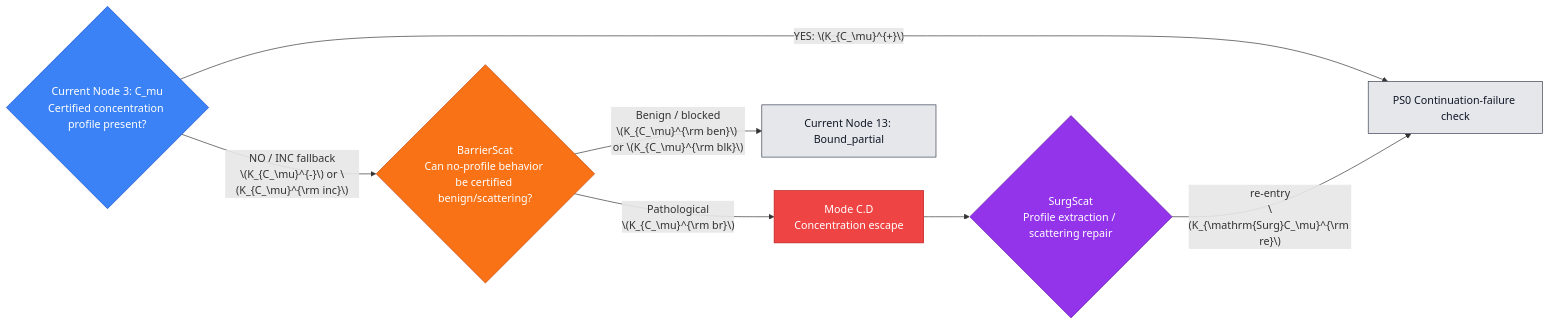
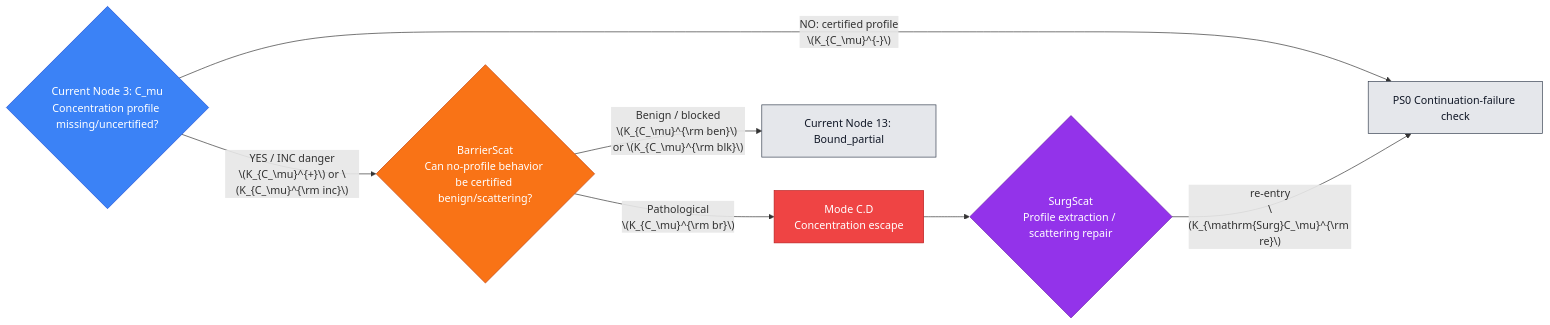
One commit to Guillemdb/hypostructure changed the fifth of 54 diagrams in docs/source/1_hypostructure_formalism/edits/new_sieve.md. Above: the diagram before and after it, drawn with Mermaid. The commit also changed other lines of this file, not shown here.

````diff
--- a/docs/source/1_hypostructure_formalism/edits/new_sieve.md
+++ b/docs/source/1_hypostructure_formalism/edits/new_sieve.md
@@ -942,22 +959,22 @@
 ```mermaid
 flowchart LR
-    C{"Current Node 3: C_mu<br/>Certified concentration profile present?"}
-    C -- "YES: \(K_{C_\mu}^{+}\)" --> N["PS0 Continuation-failure check"]
-    C -- "NO / INC fallback<br/>\(K_{C_\mu}^{-}\) or \(K_{C_\mu}^{\rm inc}\)" --> B{"BarrierScat<br/>Can no-profile behavior be certified benign/scattering?"}
+    C{"Current Node 3: C_mu<br/>Concentration profile missing/uncertified?"}
+    C -- "NO: certified profile<br/>\(K_{C_\mu}^{-}\)" --> N["PS0 Continuation-failure check"]
+    C -- "YES / INC danger<br/>\(K_{C_\mu}^{+}\) or \(K_{C_\mu}^{\rm inc}\)" --> B{"BarrierScat<br/>Can no-profile behavior be certified benign/scattering?"}
     B -- "Benign / blocked<br/>\(K_{C_\mu}^{\rm ben}\) or \(K_{C_\mu}^{\rm blk}\)" --> E["Current Node 13: Bound_partial"]
     B -- "Pathological<br/>\(K_{C_\mu}^{\rm br}\)" --> M["Mode C.D<br/>Concentration escape"]
     M --> S{"SurgScat<br/>Profile extraction / scattering repair"}
     S -- "re-entry<br/>\(K_{\mathrm{Surg}C_\mu}^{\rm re}\)" --> N
 
     classDef check fill:#3b82f6,stroke:#1d4ed8,color:#ffffff;
     classDef barrier fill:#f97316,stroke:#c2410c,color:#ffffff;
     classDef mode fill:#ef4444,stroke:#b91c1c,color:#ffffff;
     classDef surgery fill:#9333ea,stroke:#6b21a8,color:#ffffff;
     classDef next fill:#e5e7eb,stroke:#374151,color:#111827;
 
     class C check;
     class B barrier;
     class M mode;
     class S surgery;
     class N,E next;
 ```
````
